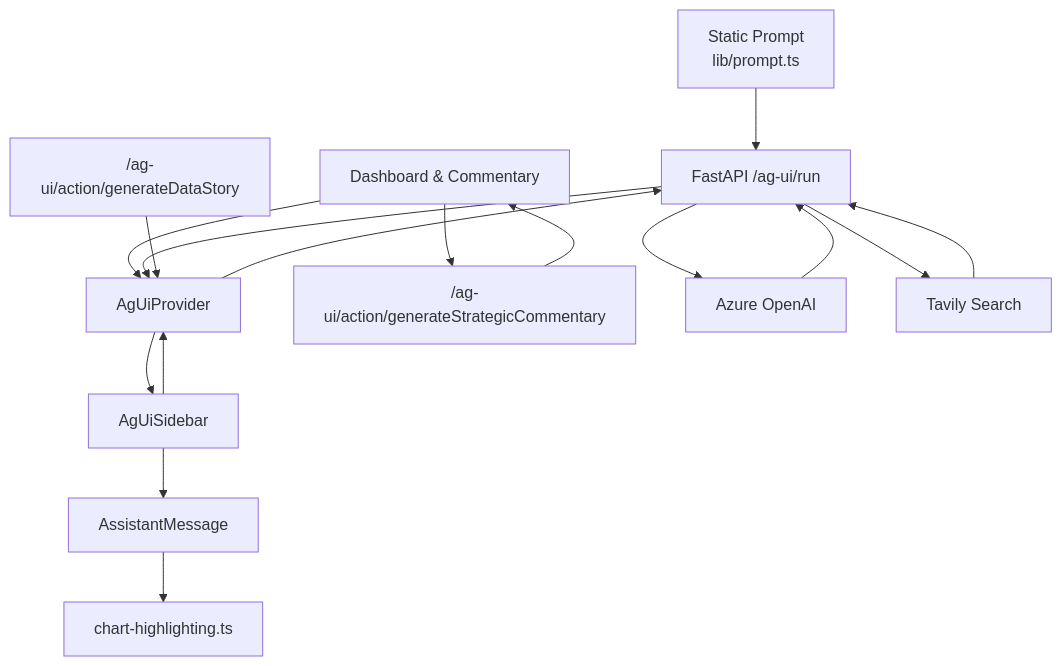
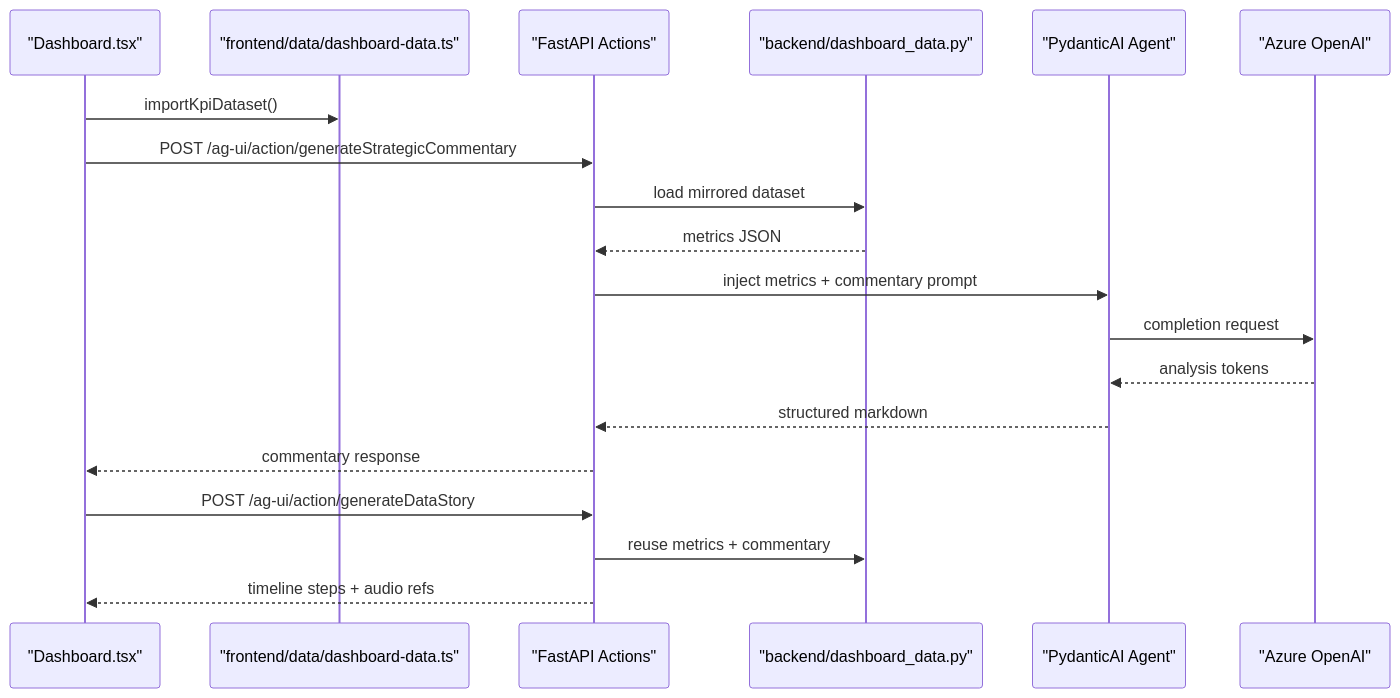
The fourth of 6 diagrams in examples/copilot-chat-with-your-data/frontend/design-specs/technical_design_spec.md (chris-han/CopilotKit), drawn with Mermaid before and after one commit. The commit also changed other lines of this file and 10 other files, not shown here.

First line of the commit message:
feat(backend): integrate strategic commentary into data story steps

````diff
--- a/examples/copilot-chat-with-your-data/frontend/design-specs/technical_design_spec.md
+++ b/examples/copilot-chat-with-your-data/frontend/design-specs/technical_design_spec.md
@@ -117,30 +143,22 @@
 ```mermaid
-flowchart TD
-    PromptSpec["Static Prompt\nlib/prompt.ts"]
-    Provider["AgUiProvider"]
-    Sidebar["AgUiSidebar"]
-    Assistant["AssistantMessage"]
-    Highlight["chart-highlighting.ts"]
-    Dashboard["Dashboard & Commentary"]
-    Runtime["FastAPI /ag-ui/run"]
-    Commentary["/ag-ui/action/generateStrategicCommentary"]
-    Story["/ag-ui/action/generateDataStory"]
-    Azure["Azure OpenAI"]
-    Tavily["Tavily Search"]
+sequenceDiagram
+  participant Dashboard as "Dashboard.tsx"
+  participant FrontData as "frontend/data/dashboard-data.ts"
+  participant Runtime as "FastAPI Actions"
+  participant BackData as "backend/dashboard_data.py"
+  participant Agent as "PydanticAI Agent"
+  participant Azure as "Azure OpenAI"
 
-    PromptSpec --> Runtime
-    Dashboard --> Provider
-    Sidebar --> Provider
-    Provider --> Runtime
-    Runtime --> Azure
-    Azure --> Runtime
-    Runtime --> Provider
-    Provider --> Sidebar
-    Sidebar --> Assistant
-    Assistant --> Highlight
-    Dashboard --> Commentary
-    Commentary --> Dashboard
-    Story --> Provider
-    Runtime --> Tavily
-    Tavily --> Runtime
+  Dashboard->>FrontData: importKpiDataset()
+  Dashboard->>Runtime: POST /ag-ui/action/generateStrategicCommentary
+  Runtime->>BackData: load mirrored dataset
+  BackData-->>Runtime: metrics JSON
+  Runtime->>Agent: inject metrics + commentary prompt
+  Agent->>Azure: completion request
+  Azure-->>Agent: analysis tokens
+  Agent-->>Runtime: structured markdown
+  Runtime-->>Dashboard: commentary response
+  Dashboard->>Runtime: POST /ag-ui/action/generateDataStory
+  Runtime->>BackData: reuse metrics + commentary
+  Runtime-->>Dashboard: timeline steps + audio refs
 ```
````
